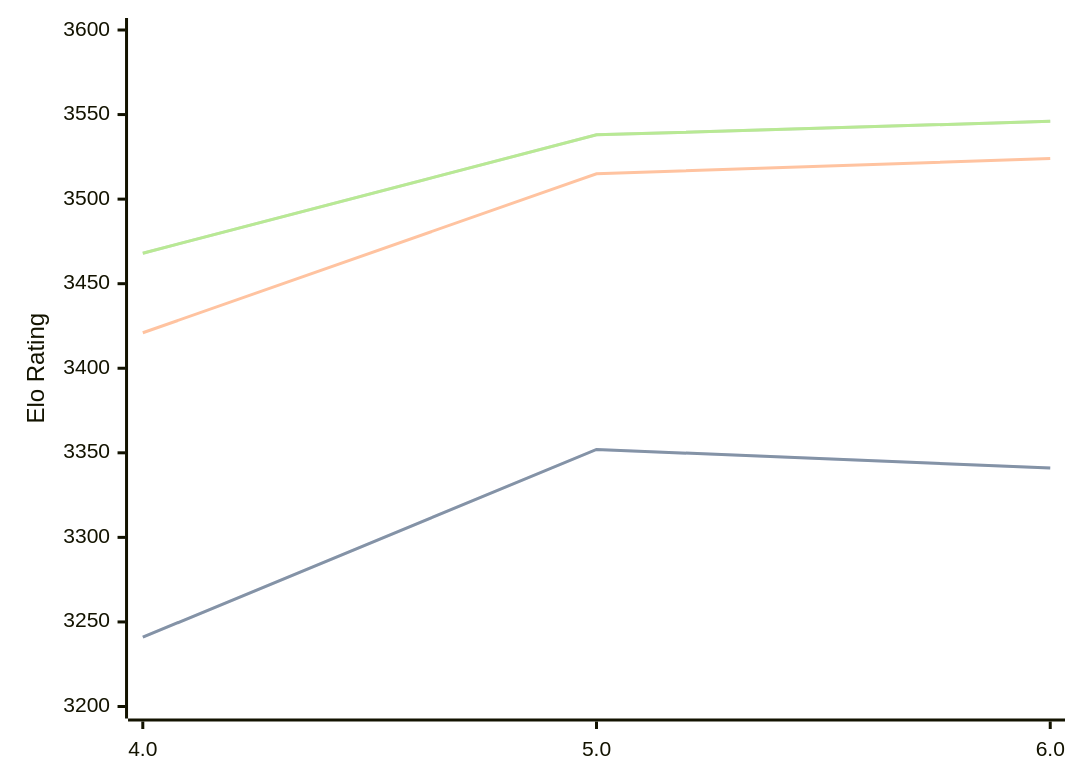
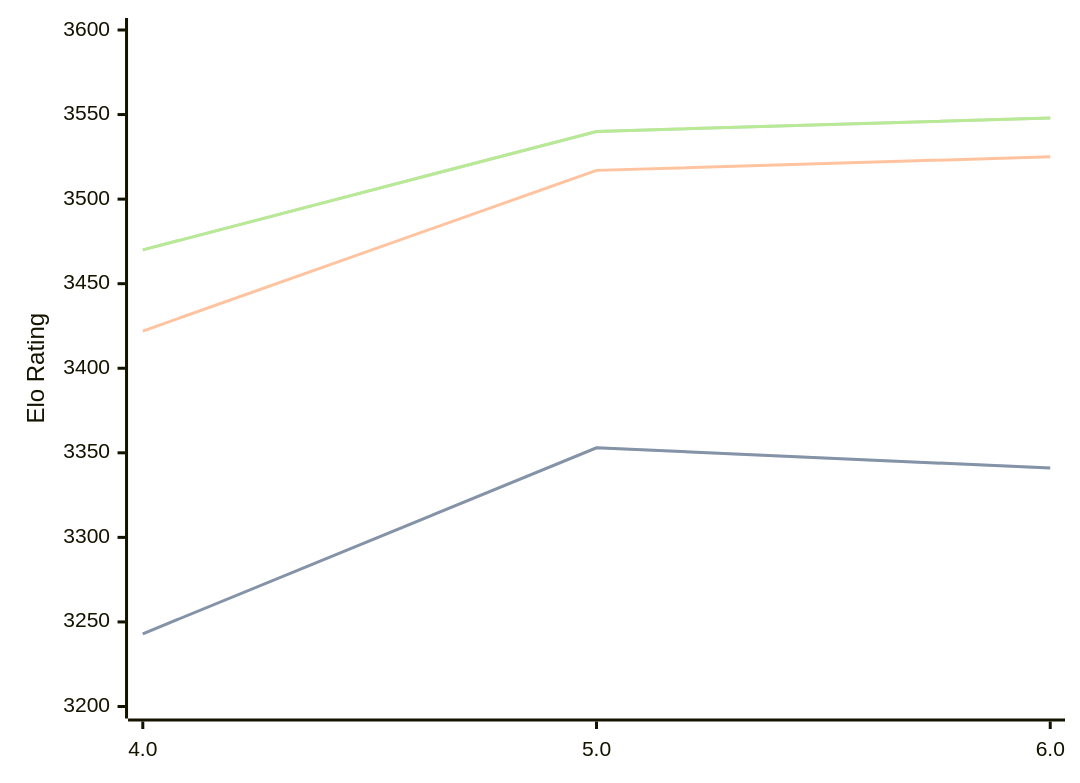
One commit to computer-chess-index/cci changed the diagram in engines/Tarnished.md. Above: the diagram before and after it, drawn with Mermaid. The commit also changed other lines of this file, not shown here.

Commit message:
Update CCI Ratings (ELO VLTC) - 2026-08-15

````diff
--- a/engines/Tarnished.md
+++ b/engines/Tarnished.md
@@ -33,11 +33,11 @@
 ```mermaid
 %%{init: {"theme":"base","themeVariables":{"seriesColors:['#a3a3a3','#222221','#faa371']}}}%%
 xychart-beta
   x-axis ["4.0", "5.0", "6.0"]
   y-axis "Elo Rating" 3200 --> 3600
-  line "STC (8.0+0.08s)" [3241, 3352, 3341]
-  line "STC (8.0+0.08s)" [3241, 3352, 3341]
-  line "LTC (60.0+0.60s)" [3421, 3515, 3524]
-  line "VLTC (2m24s+1.12s)" [3468, 3538, 3546]
-  line "VLTC (2m24s+1.12s)" [3468, 3538, 3546]
+  line "STC (8.0+0.08s)" [3243, 3353, 3341]
+  line "STC (8.0+0.08s)" [3243, 3353, 3341]
+  line "LTC (60.0+0.60s)" [3422, 3517, 3525]
+  line "VLTC (2m24s+1.12s)" [3470, 3540, 3548]
+  line "VLTC (2m24s+1.12s)" [3470, 3540, 3548]
 ```
````
